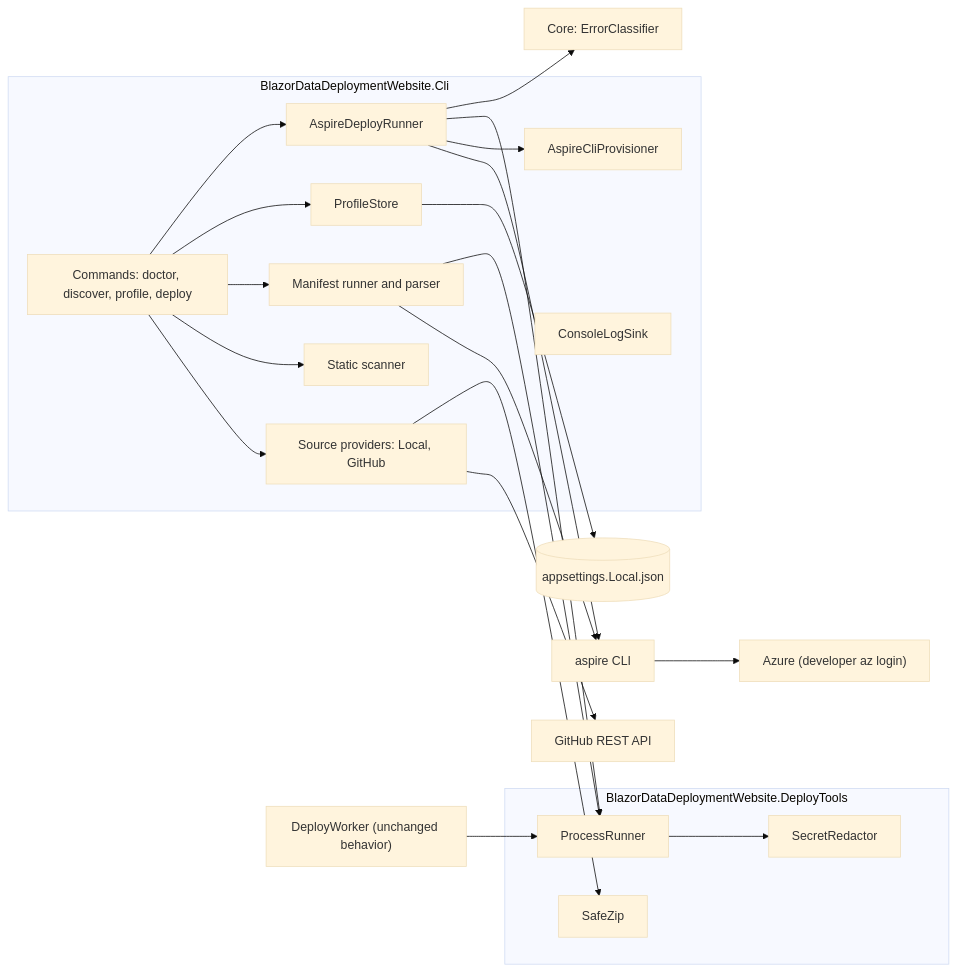
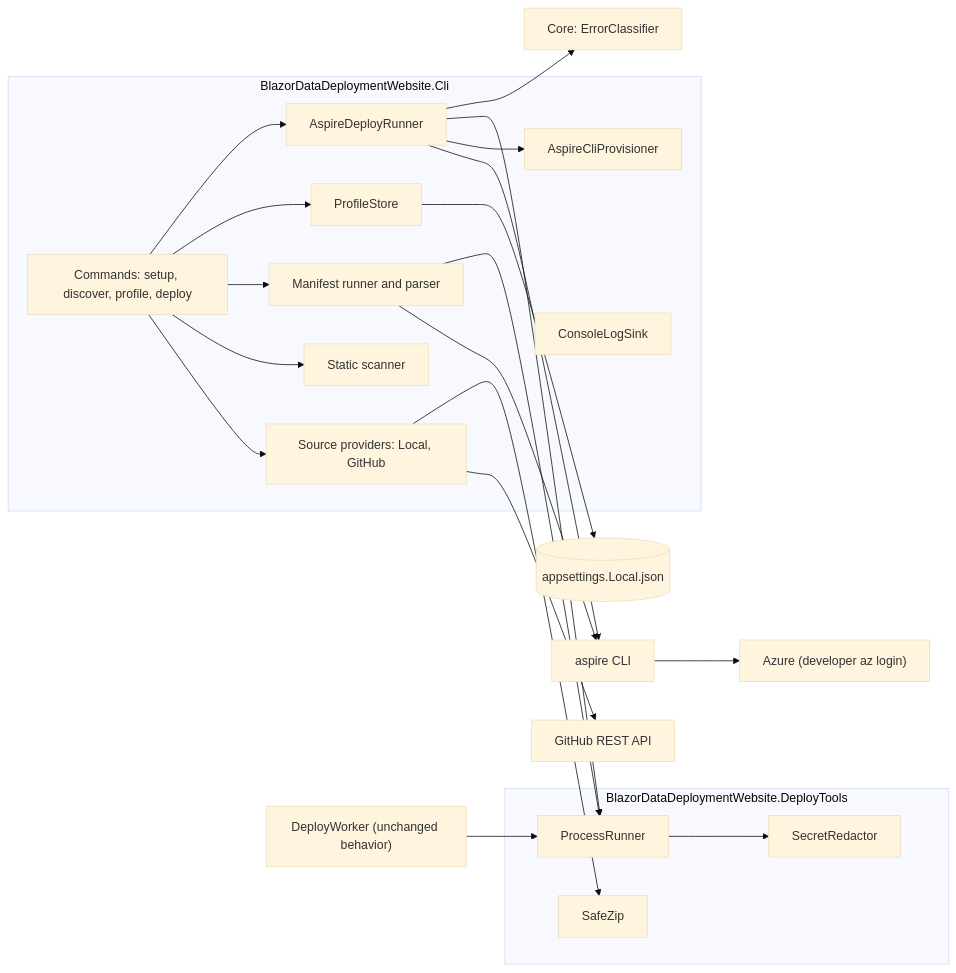
One commit to ADefWebserver/AspireDeployService changed the first of 6 diagrams in docs/Aspire-Project-Deployer-Plan.md. Above: the diagram before and after it, drawn with Mermaid (base theme). The commit also changed other lines of this file and 83 other files, not shown here.

First line of the commit message:
Rename Doctor to Setup and add AI settings and AI Help

````diff
--- a/docs/Aspire-Project-Deployer-Plan.md
+++ b/docs/Aspire-Project-Deployer-Plan.md
@@ -100,41 +100,41 @@
 ```mermaid
 flowchart LR
     subgraph Cli["BlazorDataDeploymentWebsite.Cli"]
-        Cmds["Commands: doctor, discover, profile, deploy"]
+        Cmds["Commands: setup, discover, profile, deploy"]
         Src["Source providers: Local, GitHub"]
         Scan["Static scanner"]
         Man["Manifest runner and parser"]
         Prof["ProfileStore"]
         Tool["AspireCliProvisioner"]
         Dep["AspireDeployRunner"]
         Sink["ConsoleLogSink"]
     end
     subgraph Shared["BlazorDataDeploymentWebsite.DeployTools"]
         PR["ProcessRunner"]
         Red["SecretRedactor"]
         Zip["SafeZip"]
     end
     Worker["DeployWorker (unchanged behavior)"]
     Core["Core: ErrorClassifier"]
     Settings[("appsettings.Local.json")]
     Gh["GitHub REST API"]
     Aspire["aspire CLI"]
     Az["Azure (developer az login)"]
     Cmds --> Src
     Cmds --> Scan
     Cmds --> Man
     Cmds --> Prof
     Cmds --> Dep
     Src --> Gh
     Src --> Zip
     Prof --> Settings
     Man --> Aspire
     Dep --> Aspire
     Dep --> Tool
     Aspire --> Az
     Man --> PR
     Dep --> PR
     PR --> Red
     Dep --> Core
     Worker --> PR
 ```
````
